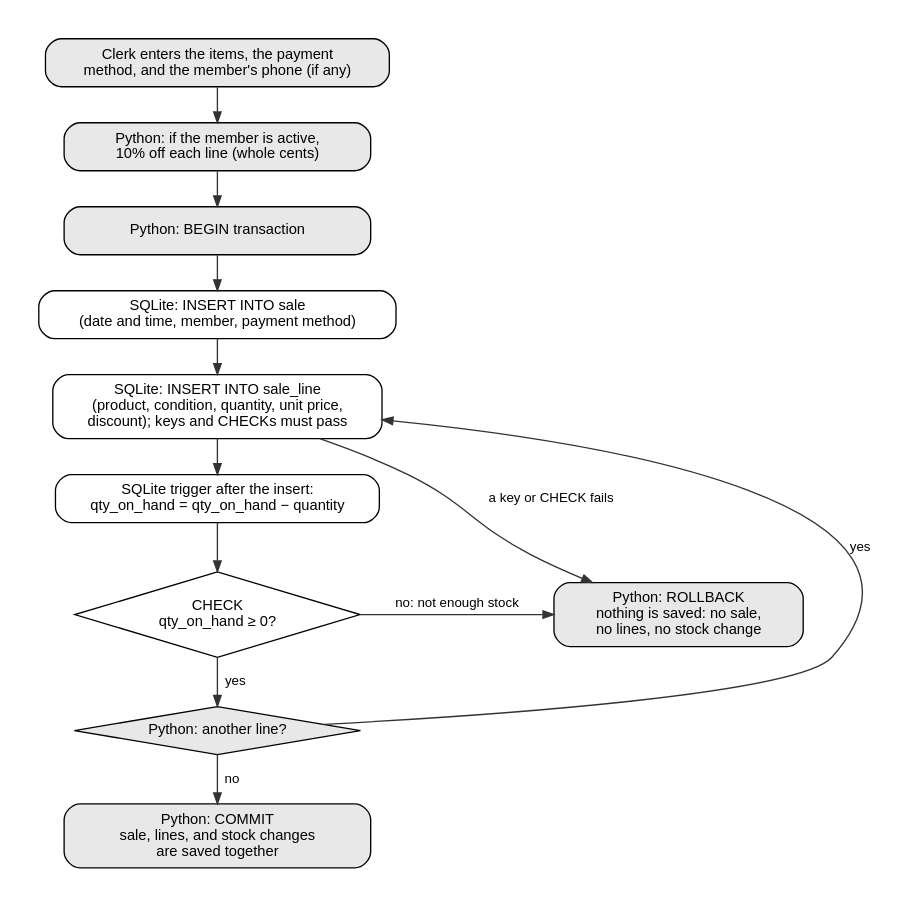
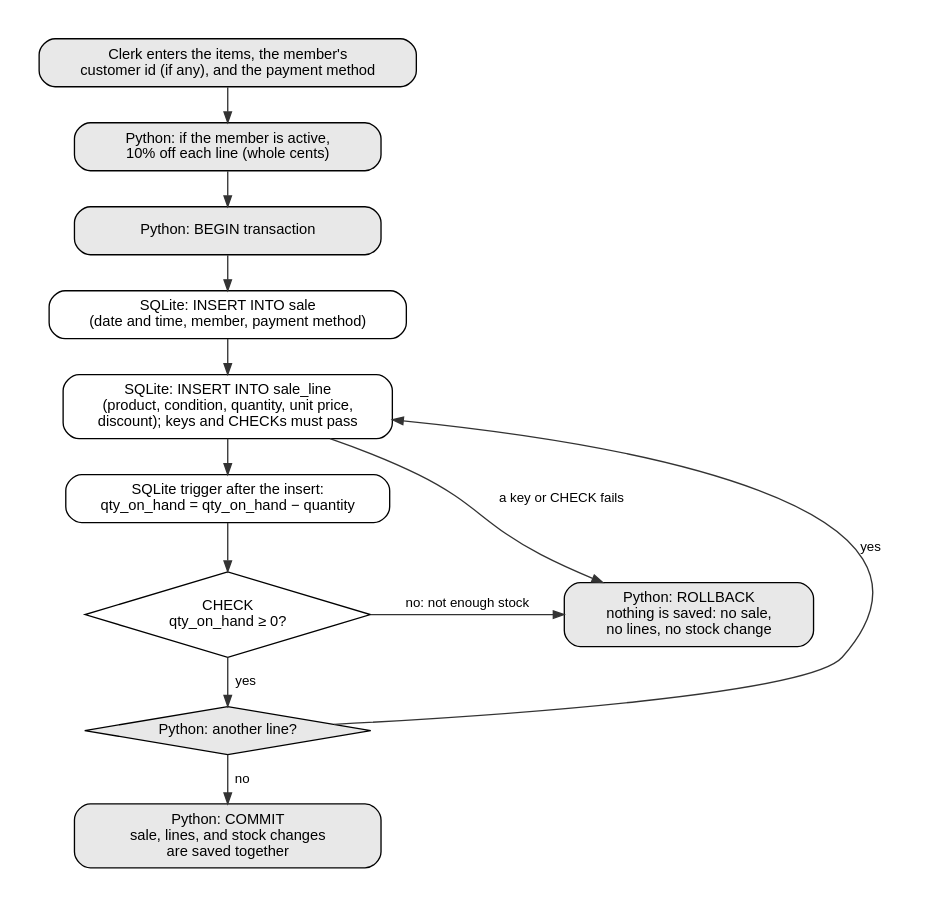
One commit to ajlight89/checkpoint-db changed the diagram in docs/diagrams/sale-flow.dot. Above: the diagram before and after it, drawn with Graphviz. The commit also changed 3 other files, not shown here.

Commit message:
Show the member's customer id in the sale-flow diagram and correct the ESRB enforcement note

```diff
--- a/docs/diagrams/sale-flow.dot
+++ b/docs/diagrams/sale-flow.dot
@@ -1,36 +1,36 @@
 // How a sale is recorded and how the database keeps stock in step.
 // Shaded steps run in the application (Python); white steps run in the database (SQLite).
 // Render: dot -Tsvg sale-flow.dot -o sale-flow.svg
 //         dot -Tpng -Gdpi=300 sale-flow.dot -o sale-flow.png
 digraph sale_flow {
     graph [rankdir=TB, nodesep=0.6, ranksep=0.35, pad=0.3, fontname="Helvetica",
            bgcolor="white"];
     node  [shape=box, style="rounded,filled", fillcolor="white", fontname="Helvetica",
            fontsize=11, margin="0.18,0.08", width=3.2];
     edge  [fontname="Helvetica", fontsize=10, color="#333333", arrowsize=0.8];
 
-    start    [label="Clerk enters the items, the payment\nmethod, and the member's phone (if any)",
+    start    [label="Clerk enters the items, the member's\ncustomer id (if any), and the payment method",
               fillcolor="#e8e8e8"];
     discount [label="Python: if the member is active,\n10% off each line (whole cents)",
               fillcolor="#e8e8e8"];
     begin    [label="Python: BEGIN transaction", fillcolor="#e8e8e8"];
     ins_sale [label="SQLite: INSERT INTO sale\n(date and time, member, payment method)"];
     ins_line [label="SQLite: INSERT INTO sale_line\n(product, condition, quantity, unit price,\ndiscount); keys and CHECKs must pass"];
     trigger  [label="SQLite trigger after the insert:\nqty_on_hand = qty_on_hand − quantity"];
     stock    [label="CHECK\nqty_on_hand ≥ 0?", shape=diamond, style="filled", width=2.2,
               margin="0.05,0.05"];
     more     [label="Python: another line?", shape=diamond, style="filled",
               fillcolor="#e8e8e8", width=2.6, margin="0.05,0.05"];
     commit   [label="Python: COMMIT\nsale, lines, and stock changes\nare saved together", fillcolor="#e8e8e8"];
     rollback [label="Python: ROLLBACK\nnothing is saved: no sale,\nno lines, no stock change",
               fillcolor="#e8e8e8", width=2.6];
 
     {rank=same; stock; rollback;}
 
     start    -> discount -> begin -> ins_sale -> ins_line -> trigger -> stock;
     stock    -> more     [label="  yes"];
     stock    -> rollback [label="no: not enough stock"];
     ins_line -> rollback [label="  a key or CHECK fails", constraint=false];
     more     -> ins_line [label="yes  ", constraint=false];
     more     -> commit   [label="  no"];
 }
```
